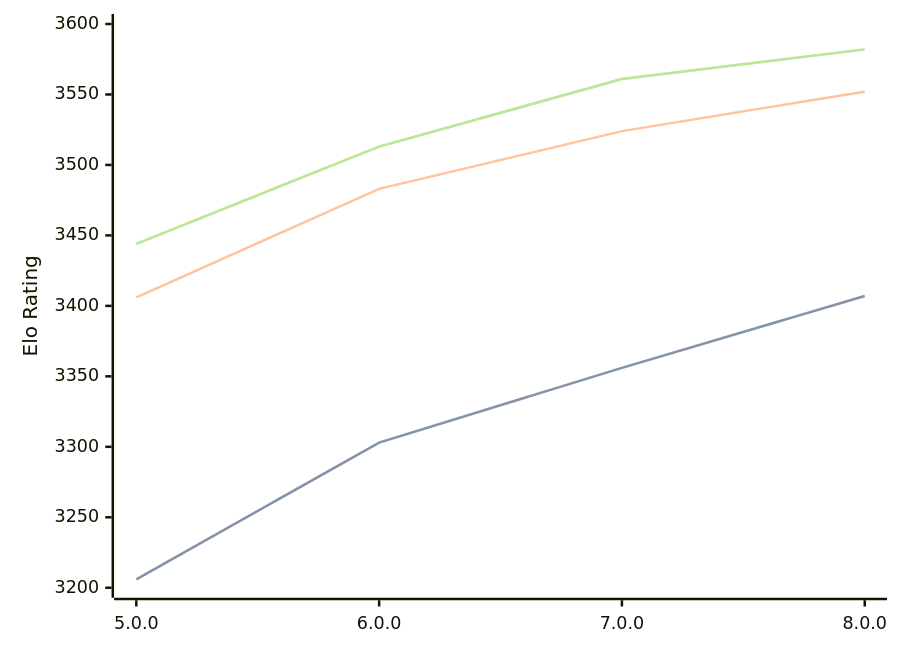
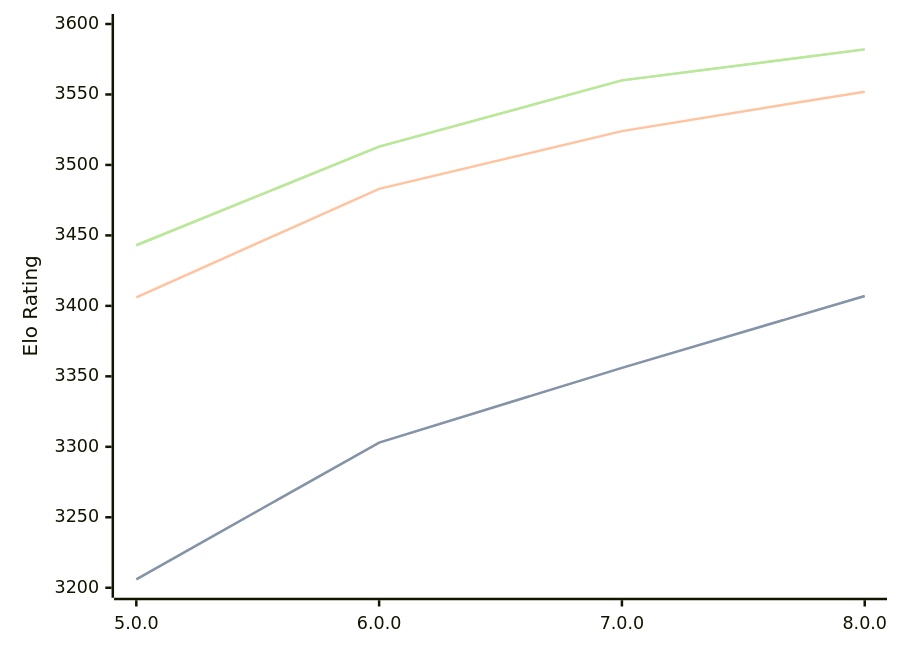
One commit to computer-chess-index/cci changed the diagram in engines/Stormphrax.md. Above: the diagram before and after it, drawn with Mermaid. The commit also changed other lines of this file, not shown here.

Commit message:
Update CCI Ratings (ELO VLTC) - 2026-09-21

````diff
--- a/engines/Stormphrax.md
+++ b/engines/Stormphrax.md
@@ -34,11 +34,11 @@
 ```mermaid
 %%{init: {"theme":"base","themeVariables":{"seriesColors:['#a3a3a3','#222221','#faa371']}}}%%
 xychart-beta
   x-axis ["5.0.0", "6.0.0", "7.0.0", "8.0.0"]
   y-axis "Elo Rating" 3200 --> 3600
   line "" [3206, 3303, 3356, 3407]
   line "STC (8.0+0.08s)" [3206, 3303, 3356, 3407]
   line "LTC (60.0+0.60s)" [3406, 3483, 3524, 3552]
-  line "" [3444, 3513, 3561, 3582]
-  line "VLTC (2m24s+1.12s)" [3444, 3513, 3561, 3582]
+  line "" [3443, 3513, 3560, 3582]
+  line "VLTC (2m24s+1.12s)" [3443, 3513, 3560, 3582]
 ```
````
